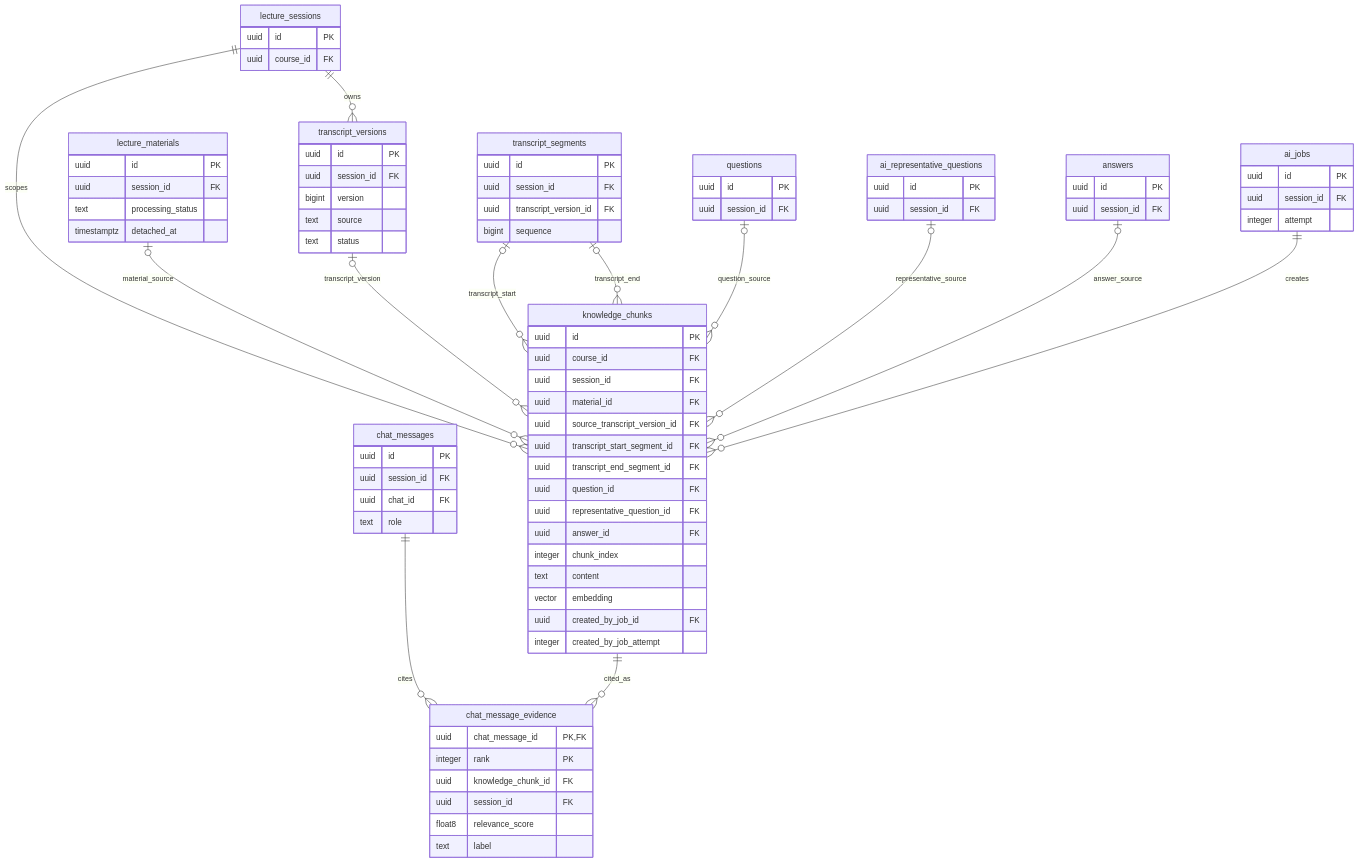
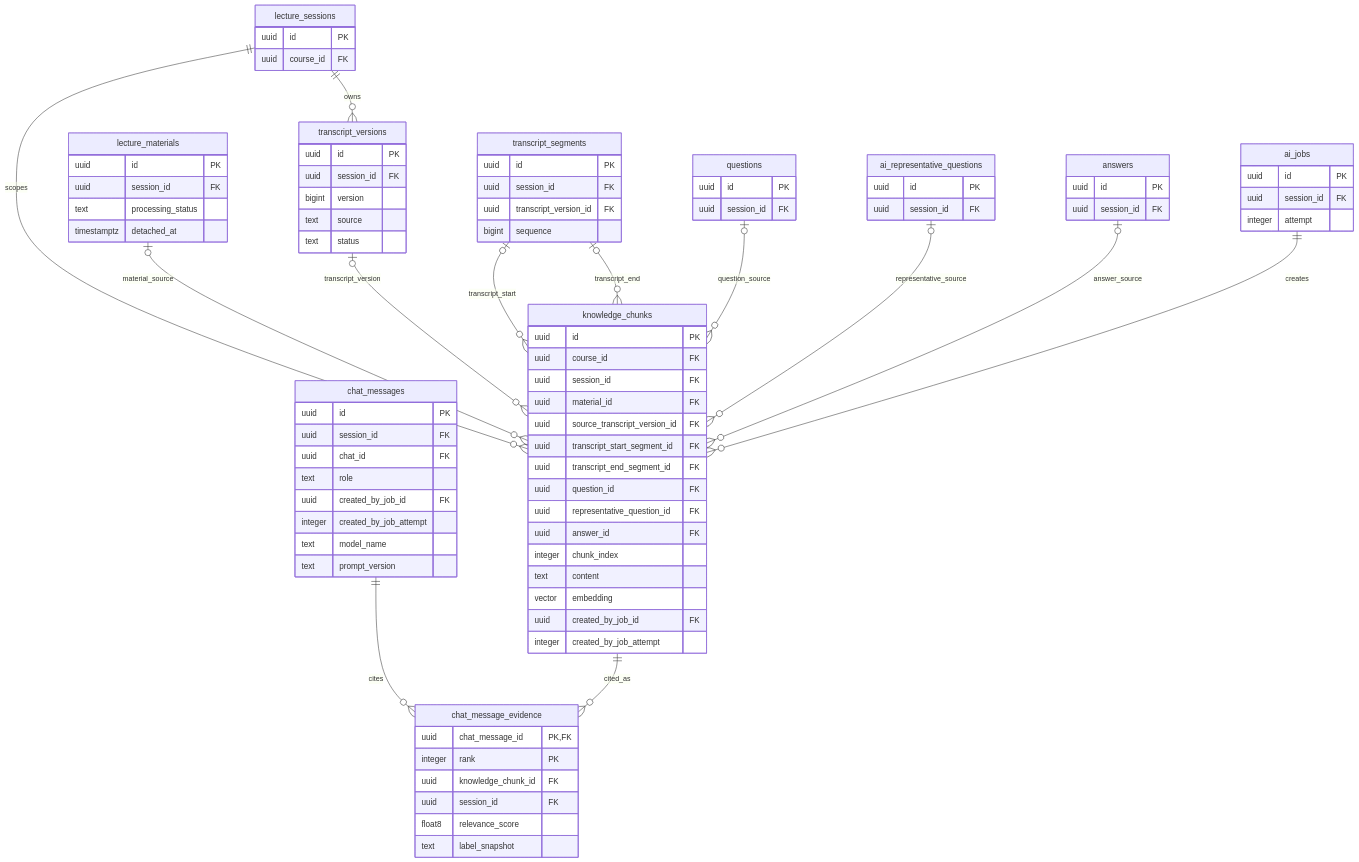
Before and after one commit to madcamp-official/26s-w2-c2-08: the fifth of 5 diagrams in docs/database/ERD.md, drawn with Mermaid. The commit also changed other lines of this file and 1 other file, not shown here.

```diff
--- a/docs/database/ERD.md
+++ b/docs/database/ERD.md
@@ -750,6 +760,10 @@
         uuid session_id FK
         uuid chat_id FK
         text role
+        uuid created_by_job_id FK
+        integer created_by_job_attempt
+        text model_name
+        text prompt_version
     }
 
     chatMessageEvidence["chat_message_evidence"] {
@@ -758,7 +772,7 @@
         uuid knowledge_chunk_id FK
         uuid session_id FK
         float8 relevance_score
-        text label
+        text label_snapshot
     }
 
     lectureSessions ||--o{ knowledgeChunks : scopes
```
